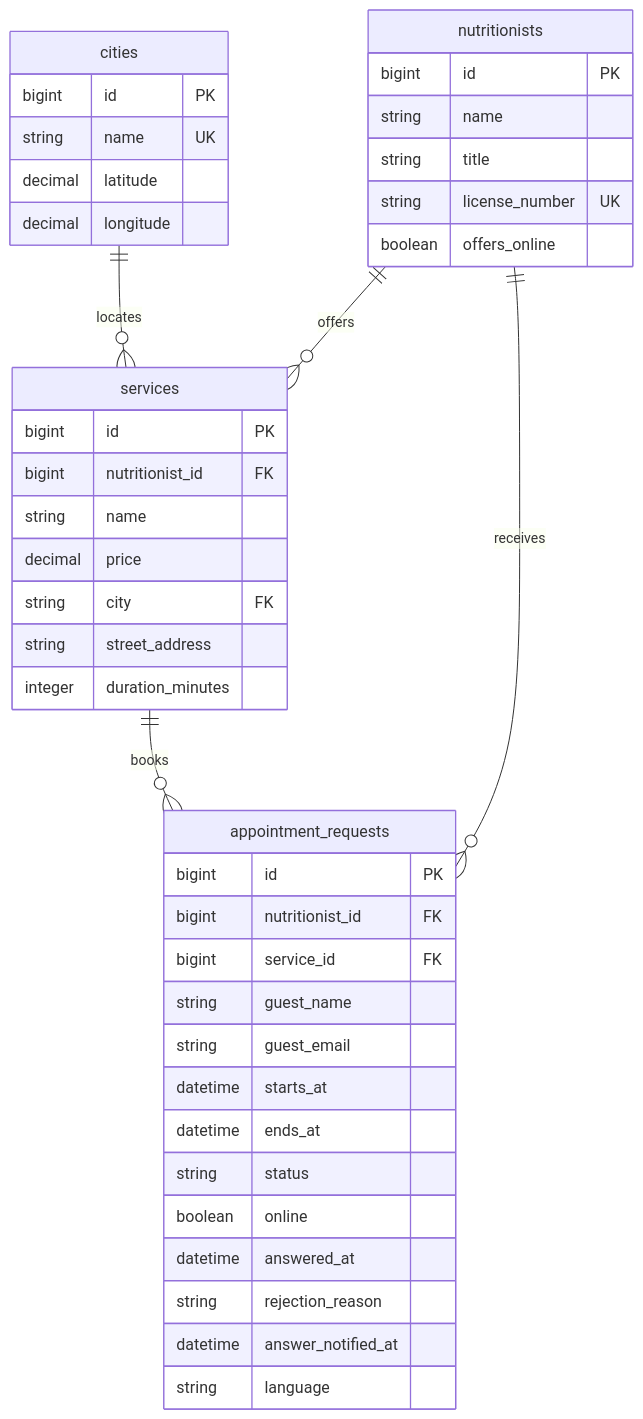
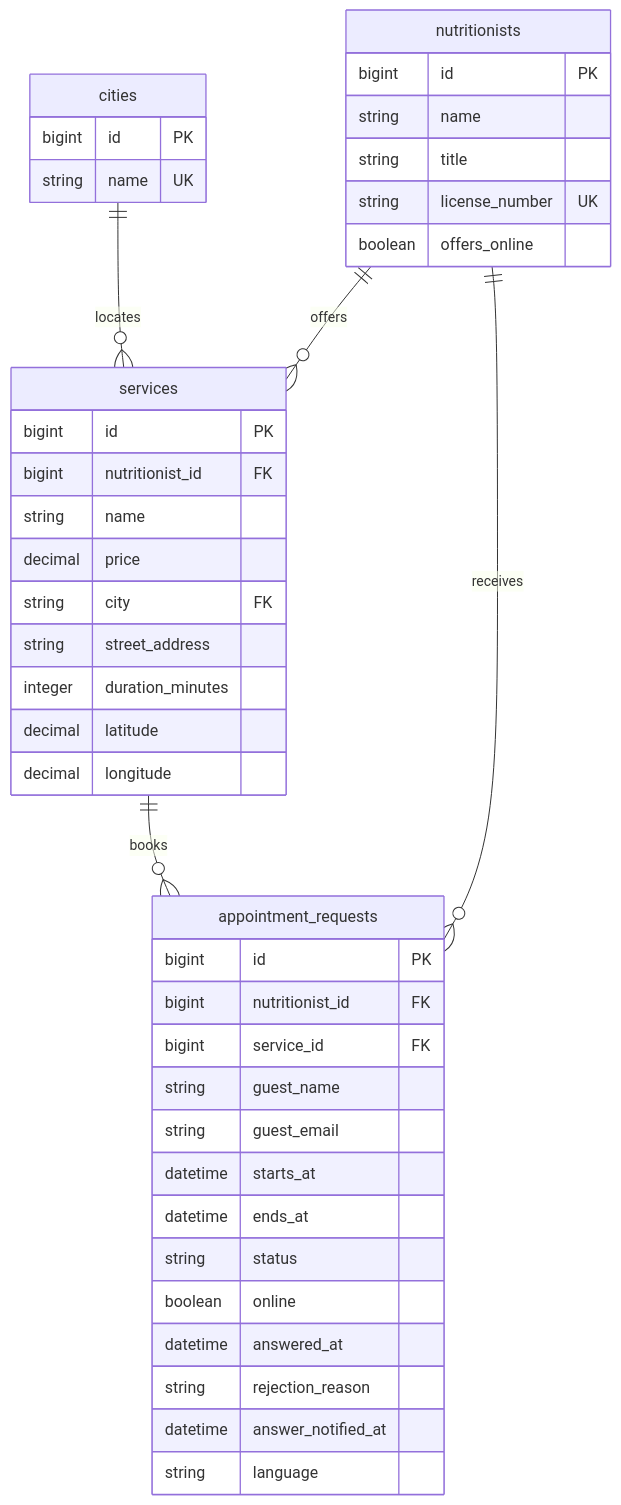
One commit to rgllm/NutriBook changed the diagram in README.md. Above: the diagram before and after it, drawn with Mermaid. The commit also changed other lines of this file and 57 other files, not shown here.

````diff
--- a/README.md
+++ b/README.md
@@ -157,45 +160,45 @@
 ```mermaid
 erDiagram
     cities ||--o{ services : locates
     nutritionists ||--o{ services : offers
     nutritionists ||--o{ appointment_requests : receives
     services ||--o{ appointment_requests : books
 
     cities {
         bigint id PK
         string name UK
-        decimal latitude
-        decimal longitude
     }
     nutritionists {
         bigint id PK
         string name
         string title
         string license_number UK
         boolean offers_online
     }
     services {
         bigint id PK
         bigint nutritionist_id FK
         string name
         decimal price
         string city FK
         string street_address
         integer duration_minutes
+        decimal latitude
+        decimal longitude
     }
     appointment_requests {
         bigint id PK
         bigint nutritionist_id FK
         bigint service_id FK
         string guest_name
         string guest_email
         datetime starts_at
         datetime ends_at
         string status
         boolean online
         datetime answered_at
         string rejection_reason
         datetime answer_notified_at
         string language
     }
 ```
````
